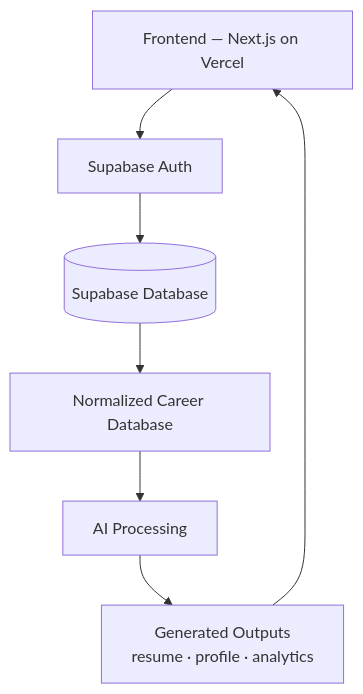
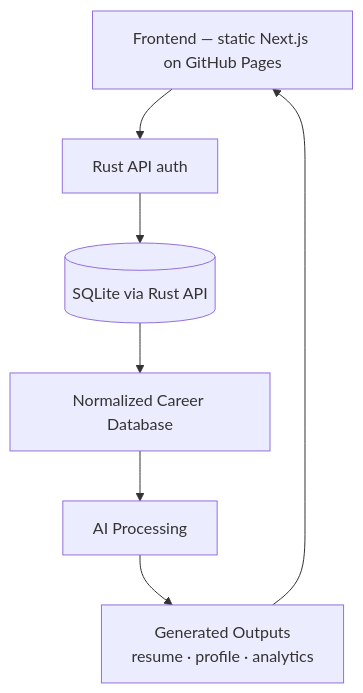
Before and after one commit to PyTorchPH/pytorchph.github.io: the first of 6 diagrams in docs/SPECIFICATION.md, drawn with Mermaid. The commit also changed other lines of this file and 25 other files, not shown here.

Commit message:
docs: describe the Rust API instead of Supabase

````diff
--- a/docs/SPECIFICATION.md
+++ b/docs/SPECIFICATION.md
@@ -48,9 +48,9 @@
 ```mermaid
 flowchart TD
-    FE[Frontend — Next.js on Vercel] --> Auth[Supabase Auth]
-    Auth --> DB[(Supabase Database)]
+    FE[Frontend — static Next.js on GitHub Pages] --> Auth[Rust API auth]
+    Auth --> DB[(SQLite via Rust API)]
     DB --> NCD[Normalized Career Database]
     NCD --> AI[AI Processing]
     AI --> OUT[Generated Outputs<br/>resume · profile · analytics]
     OUT --> FE
 ```
````
